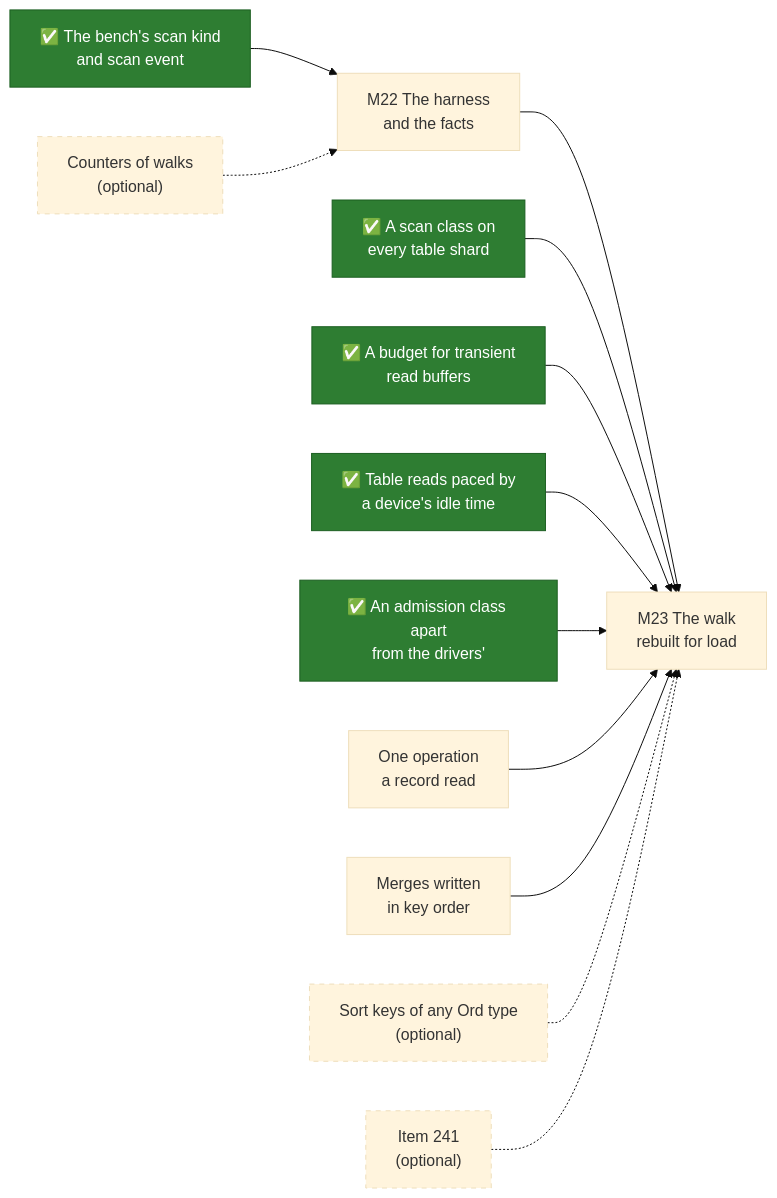
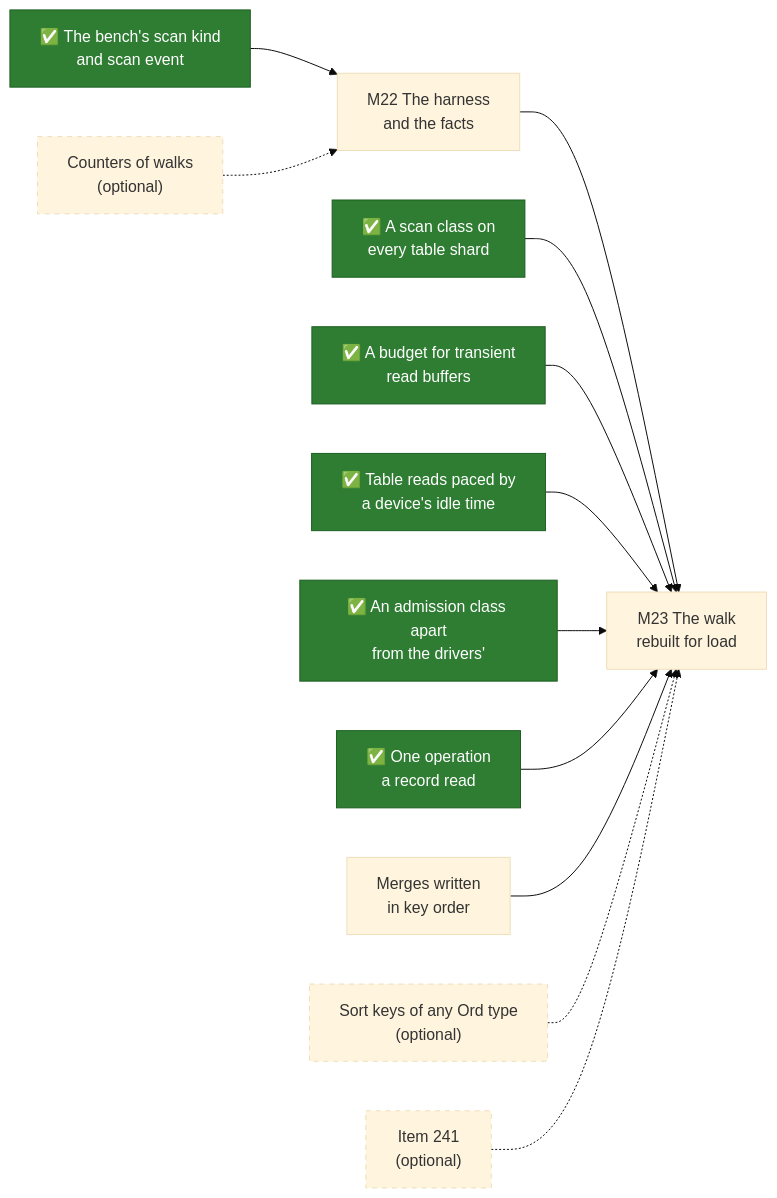
One commit to mjcarson/shoal changed the diagram in docs/src/future-work/scans/prerequisites.md. Above: the diagram before and after it, drawn with Mermaid (base theme). The commit also changed other lines of this file and 19 other files, not shown here.

````diff
--- a/docs/src/future-work/scans/prerequisites.md
+++ b/docs/src/future-work/scans/prerequisites.md
@@ -264,28 +273,28 @@
 ```mermaid
 flowchart LR
     classDef done fill:#2e7d32,stroke:#1b5e20,color:#ffffff
     classDef optional stroke-dasharray: 5 5
     Bench["✅ The bench's scan kind<br>and scan event"]:::done
     Class["✅ A scan class on<br>every table shard"]:::done
     Budget["✅ A budget for transient<br>read buffers"]:::done
     Pace["✅ Table reads paced by<br>a device's idle time"]:::done
     Admit["✅ An admission class apart<br>from the drivers'"]:::done
-    Read1["One operation<br>a record read"]
+    Read1["✅ One operation<br>a record read"]:::done
     Sorted["Merges written<br>in key order"]
     Counters["Counters of walks<br>(optional)"]:::optional
     SortKeys["Sort keys of any Ord type<br>(optional)"]:::optional
     I241["Item 241<br>(optional)"]:::optional
     M22["M22 The harness<br>and the facts"]
     M23["M23 The walk<br>rebuilt for load"]
     Bench --> M22
     M22 --> M23
     Class --> M23
     Budget --> M23
     Pace --> M23
     Admit --> M23
     Read1 --> M23
     Sorted --> M23
     Counters -.-> M22
     SortKeys -.-> M23
     I241 -.-> M23
 ```
````
